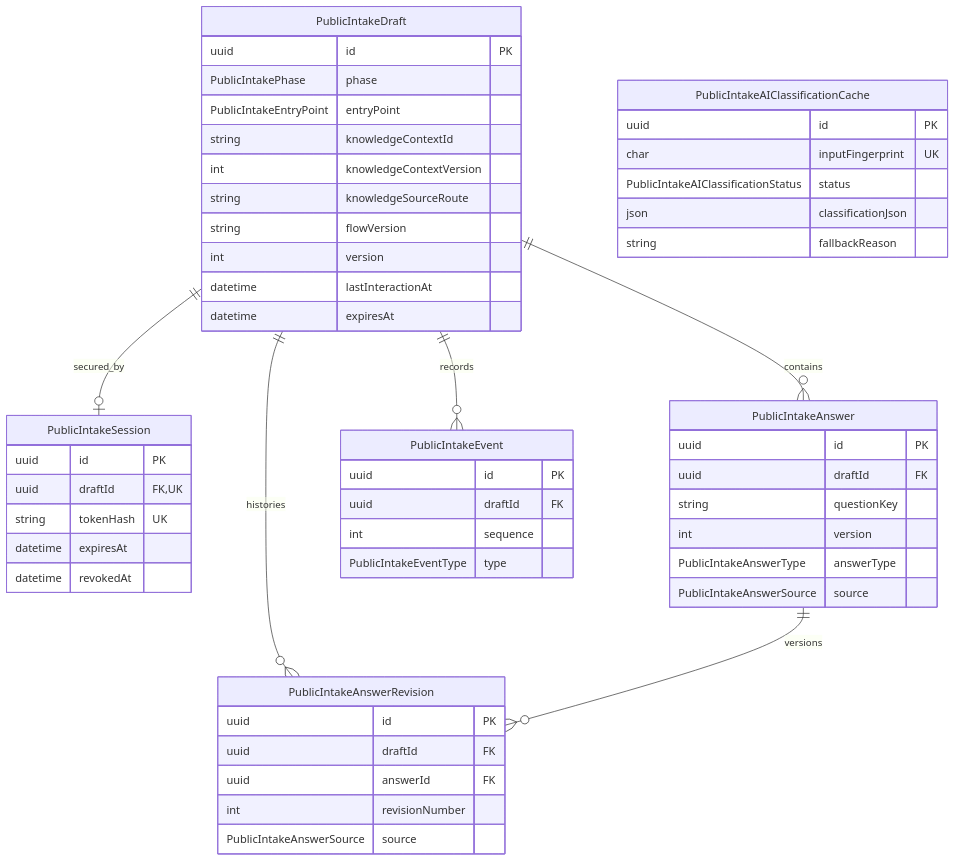
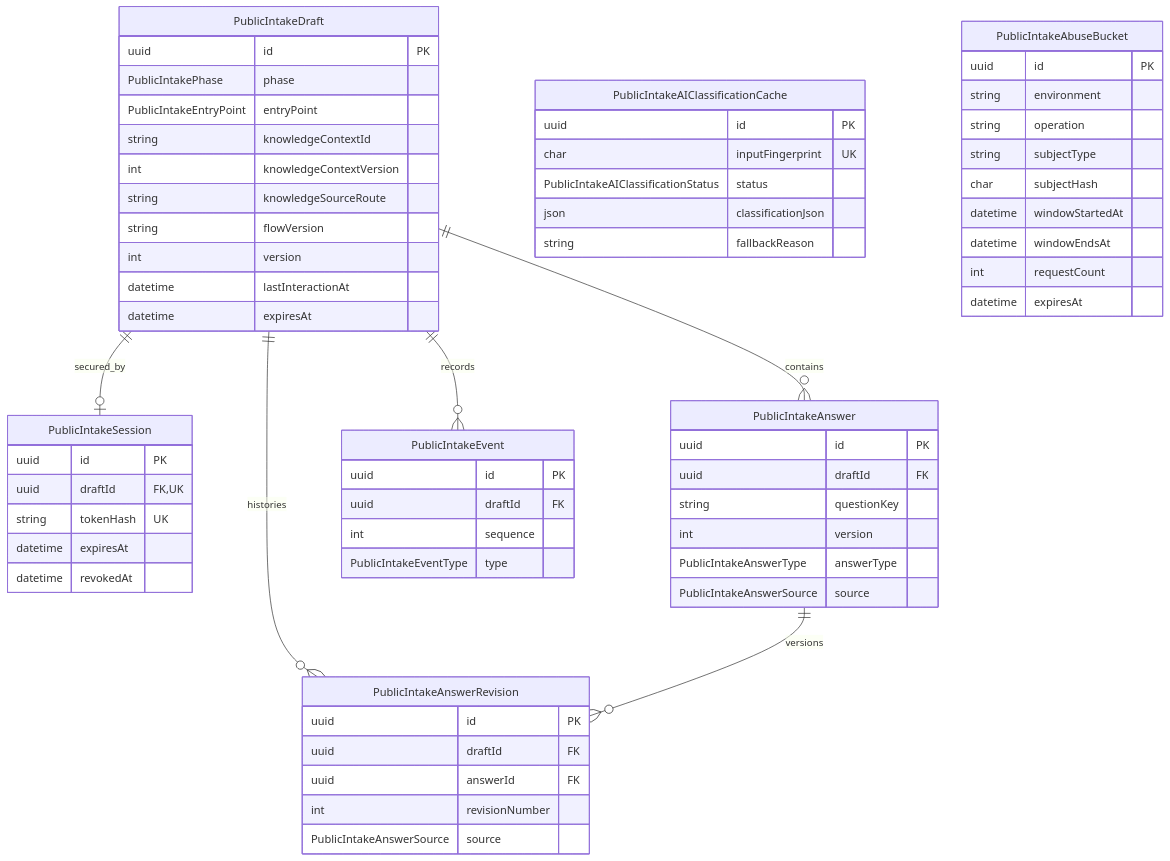
One commit to WorkMatchr/platform changed the second of 18 diagrams in docs/ERD.md. Above: the diagram before and after it, drawn with Mermaid. The commit also changed other lines of this file and 22 other files, not shown here.

Commit message:
Protect public AI intake from abuse

````diff
--- a/docs/ERD.md
+++ b/docs/ERD.md
@@ -29,55 +29,66 @@
 ```mermaid
 erDiagram
   PublicIntakeDraft ||--o| PublicIntakeSession : secured_by
   PublicIntakeDraft ||--o{ PublicIntakeAnswer : contains
   PublicIntakeDraft ||--o{ PublicIntakeAnswerRevision : histories
   PublicIntakeDraft ||--o{ PublicIntakeEvent : records
   PublicIntakeAnswer ||--o{ PublicIntakeAnswerRevision : versions
   PublicIntakeAIClassificationCache {
     uuid id PK
     char inputFingerprint UK
     PublicIntakeAIClassificationStatus status
     json classificationJson
     string fallbackReason
+  }
+  PublicIntakeAbuseBucket {
+    uuid id PK
+    string environment
+    string operation
+    string subjectType
+    char subjectHash
+    datetime windowStartedAt
+    datetime windowEndsAt
+    int requestCount
+    datetime expiresAt
   }
   PublicIntakeDraft {
     uuid id PK
     PublicIntakePhase phase
     PublicIntakeEntryPoint entryPoint
     string knowledgeContextId
     int knowledgeContextVersion
     string knowledgeSourceRoute
     string flowVersion
     int version
     datetime lastInteractionAt
     datetime expiresAt
   }
   PublicIntakeSession {
     uuid id PK
     uuid draftId FK,UK
     string tokenHash UK
     datetime expiresAt
     datetime revokedAt
   }
   PublicIntakeAnswer {
     uuid id PK
     uuid draftId FK
     string questionKey
     int version
     PublicIntakeAnswerType answerType
     PublicIntakeAnswerSource source
   }
   PublicIntakeAnswerRevision {
     uuid id PK
     uuid draftId FK
     uuid answerId FK
     int revisionNumber
     PublicIntakeAnswerSource source
   }
   PublicIntakeEvent {
     uuid id PK
     uuid draftId FK
     int sequence
     PublicIntakeEventType type
   }
 ```
````
